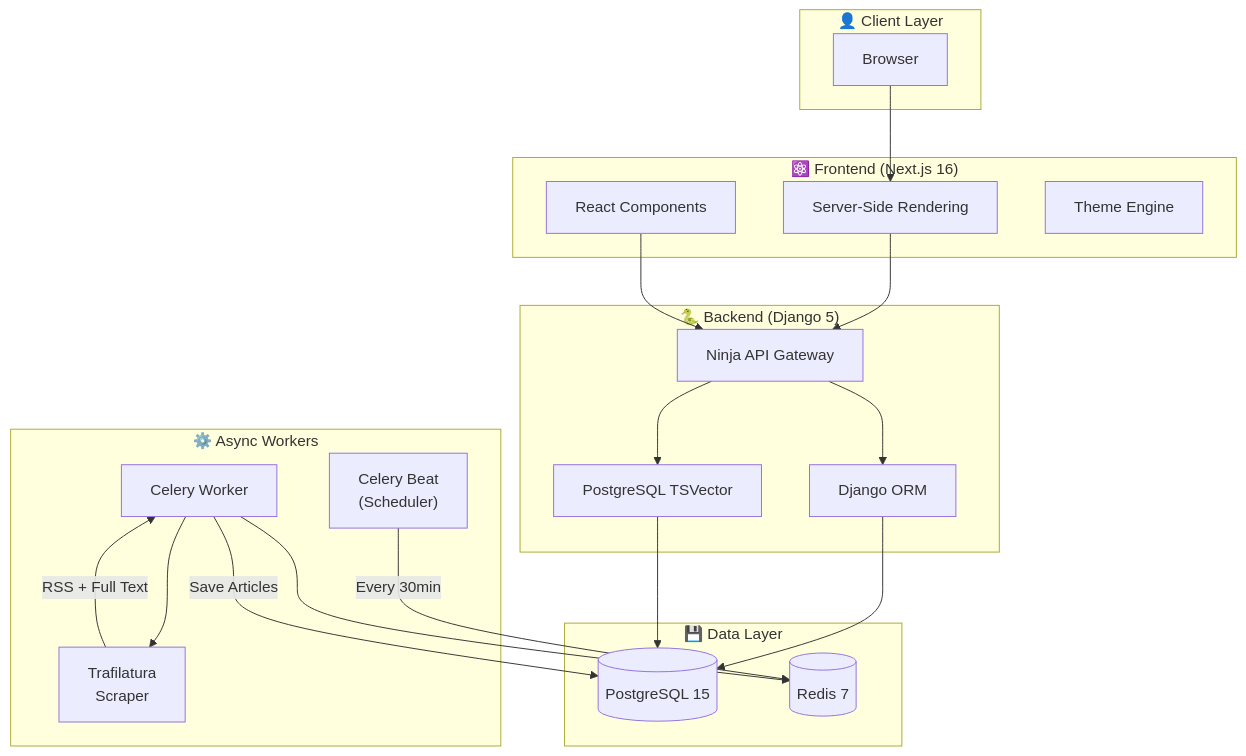
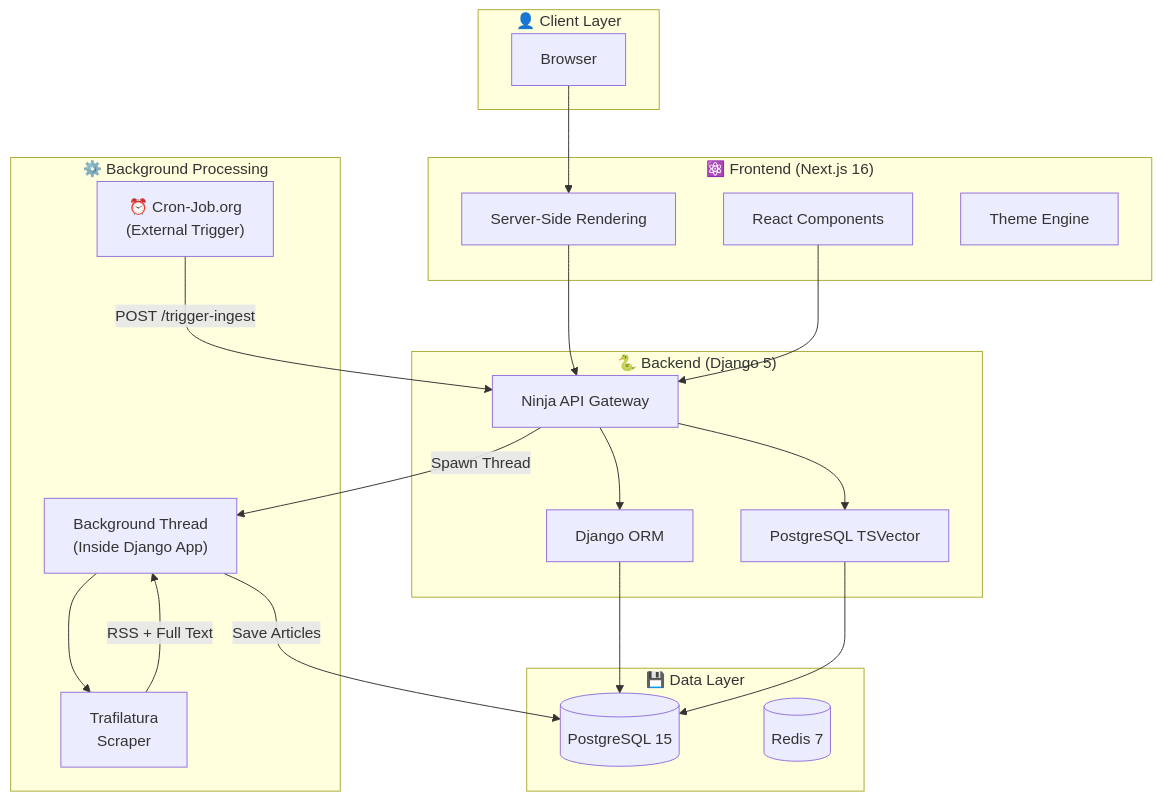
The diagram in README.md (emmanuelrichard01/ULTRA-NEWS), drawn with Mermaid before and after one commit. The commit also changed other lines of this file, not shown here.

Commit message:
docs: Refactor ingestion pipeline diagrams to use external cron and background threads instead of Celery, and add a new 'How It Works' section.

````diff
--- a/README.md
+++ b/README.md
@@ -77,43 +77,43 @@
 ```mermaid
 flowchart TB
     subgraph Client["👤 Client Layer"]
         Browser["Browser"]
     end
 
     subgraph Frontend["⚛️ Frontend (Next.js 16)"]
         SSR["Server-Side Rendering"]
         React["React Components"]
         Themes["Theme Engine"]
     end
 
     subgraph Backend["🐍 Backend (Django 5)"]
         Ninja["Ninja API Gateway"]
         ORM["Django ORM"]
         Search["PostgreSQL TSVector"]
     end
 
     subgraph Data["💾 Data Layer"]
         Postgres[("PostgreSQL 15")]
         Redis[("Redis 7")]
     end
 
-    subgraph Workers["⚙️ Async Workers"]
-        Beat["Celery Beat\n(Scheduler)"]
-        Worker["Celery Worker"]
+    subgraph Workers["⚙️ Background Processing"]
+        Cron["⏰ Cron-Job.org\n(External Trigger)"]
+        Thread["Background Thread\n(Inside Django App)"]
         Scraper["Trafilatura\nScraper"]
     end
 
     Browser --> SSR
     SSR --> Ninja
     React --> Ninja
     Ninja --> ORM
     ORM --> Postgres
     Ninja --> Search
     Search --> Postgres
     
-    Beat -->|"Every 30min"| Redis
-    Worker --> Redis
-    Worker --> Scraper
-    Scraper -->|"RSS + Full Text"| Worker
-    Worker -->|"Save Articles"| Postgres
+    Cron -->|"POST /trigger-ingest"| Ninja
+    Ninja -->|"Spawn Thread"| Thread
+    Thread --> Scraper
+    Scraper -->|"RSS + Full Text"| Thread
+    Thread -->|"Save Articles"| Postgres
 ```
````
